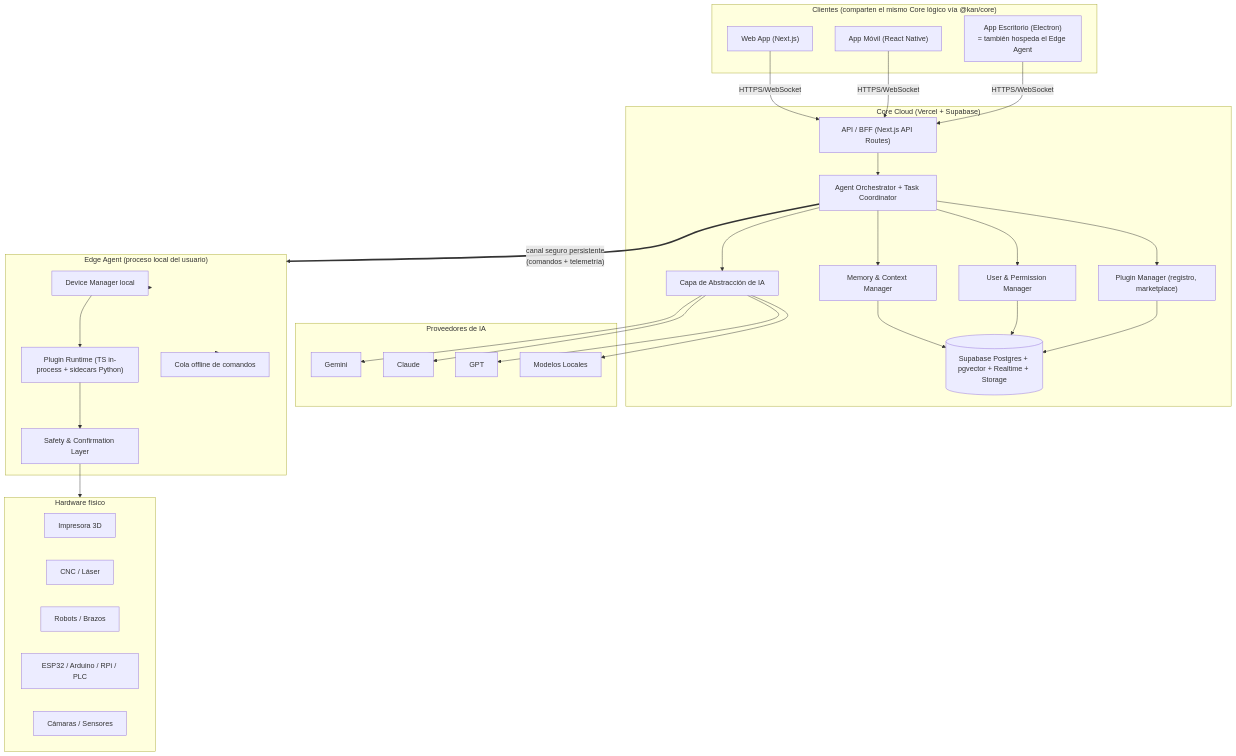
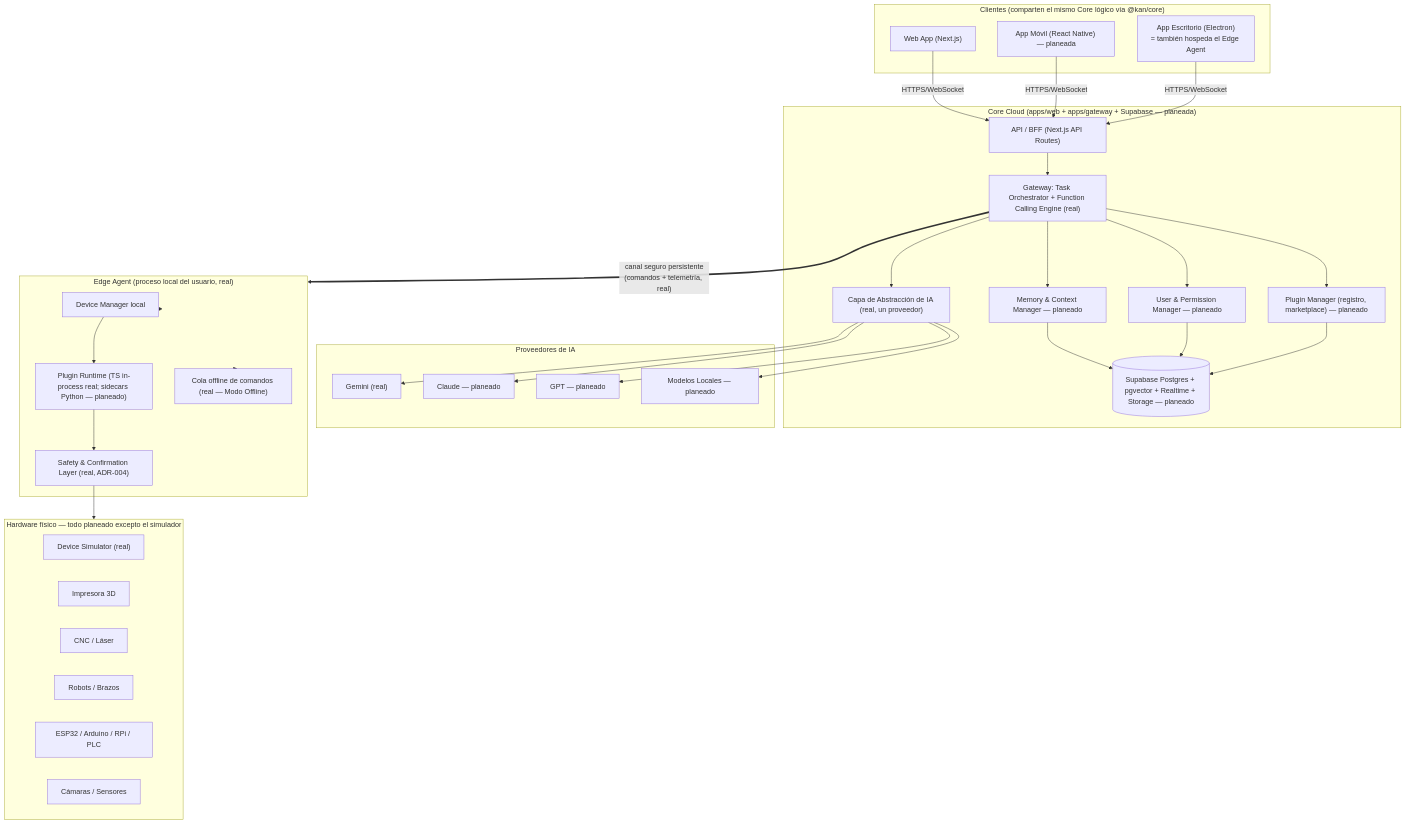
Before and after one commit to LeoXNaredh/KAN: the second of 2 diagrams in docs/01-arquitectura-general.md, drawn with Mermaid. The commit also changed other lines of this file and 16 other files, not shown here.

````diff
--- a/docs/01-arquitectura-general.md
+++ b/docs/01-arquitectura-general.md
@@ -7,59 +59,60 @@
 ```mermaid
 flowchart TB
     subgraph Clients["Clientes (comparten el mismo Core lógico vía @kan/core)"]
         Web["Web App (Next.js)"]
-        Mobile["App Móvil (React Native)"]
+        Mobile["App Móvil (React Native) — planeada"]
         Desktop["App Escritorio (Electron)\n= también hospeda el Edge Agent"]
     end
 
-    subgraph Cloud["Core Cloud (Vercel + Supabase)"]
+    subgraph Cloud["Core Cloud (apps/web + apps/gateway + Supabase — planeada)"]
         API["API / BFF (Next.js API Routes)"]
-        Orchestrator["Agent Orchestrator + Task Coordinator"]
-        AILayer["Capa de Abstracción de IA"]
-        Memory["Memory & Context Manager"]
-        UserMgr["User & Permission Manager"]
-        PluginMgrCloud["Plugin Manager (registro, marketplace)"]
-        DB[("Supabase Postgres + pgvector + Realtime + Storage")]
+        Orchestrator["Gateway: Task Orchestrator + Function Calling Engine (real)"]
+        AILayer["Capa de Abstracción de IA (real, un proveedor)"]
+        Memory["Memory & Context Manager — planeado"]
+        UserMgr["User & Permission Manager — planeado"]
+        PluginMgrCloud["Plugin Manager (registro, marketplace) — planeado"]
+        DB[("Supabase Postgres + pgvector + Realtime + Storage — planeado")]
     end
 
     subgraph AIProviders["Proveedores de IA"]
-        Gemini["Gemini"]
-        Claude["Claude"]
-        GPT["GPT"]
-        Local["Modelos Locales"]
+        Gemini["Gemini (real)"]
+        Claude["Claude — planeado"]
+        GPT["GPT — planeado"]
+        Local["Modelos Locales — planeado"]
     end
 
-    subgraph EdgeAgent["Edge Agent (proceso local del usuario)"]
+    subgraph EdgeAgent["Edge Agent (proceso local del usuario, real)"]
         DeviceMgr["Device Manager local"]
-        PluginRuntime["Plugin Runtime (TS in-process + sidecars Python)"]
-        SafetyLayer["Safety & Confirmation Layer"]
-        Queue["Cola offline de comandos"]
+        PluginRuntime["Plugin Runtime (TS in-process real; sidecars Python — planeado)"]
+        SafetyLayer["Safety & Confirmation Layer (real, ADR-004)"]
+        Queue["Cola offline de comandos (real — Modo Offline)"]
     end
 
-    subgraph Devices["Hardware físico"]
+    subgraph Devices["Hardware físico — todo planeado excepto el simulador"]
+        Sim["Device Simulator (real)"]
         Printer3D["Impresora 3D"]
         CNC["CNC / Láser"]
         Robot["Robots / Brazos"]
         MCU["ESP32 / Arduino / RPi / PLC"]
         Cam["Cámaras / Sensores"]
     end
 
     Web -- HTTPS/WebSocket --> API
     Mobile -- HTTPS/WebSocket --> API
     Desktop -- HTTPS/WebSocket --> API
 
     API --> Orchestrator
     Orchestrator --> AILayer
     Orchestrator --> Memory
     Orchestrator --> UserMgr
     Orchestrator --> PluginMgrCloud
     AILayer --> Gemini & Claude & GPT & Local
     Memory --> DB
     UserMgr --> DB
     PluginMgrCloud --> DB
 
-    Orchestrator == "canal seguro persistente\n(comandos + telemetría)" ==> EdgeAgent
+    Orchestrator == "canal seguro persistente\n(comandos + telemetría, real)" ==> EdgeAgent
     EdgeAgent --> DeviceMgr --> PluginRuntime
     PluginRuntime --> SafetyLayer --> Devices
     EdgeAgent --> Queue
 ```
````
